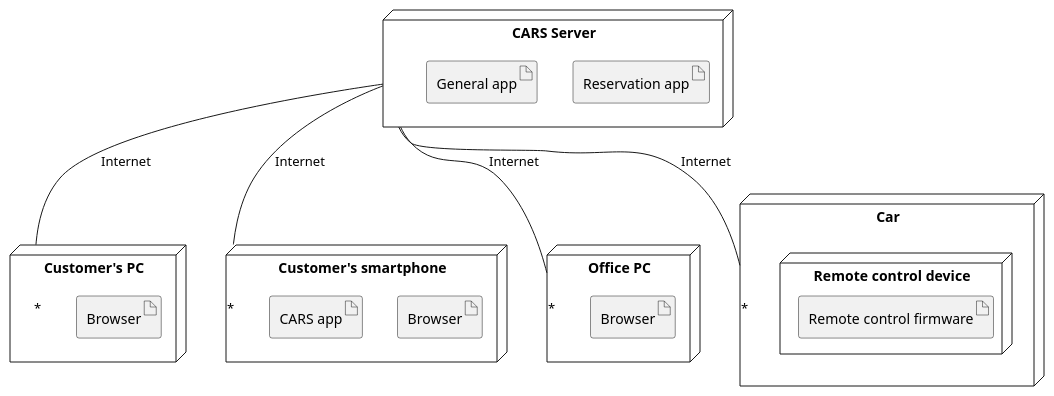
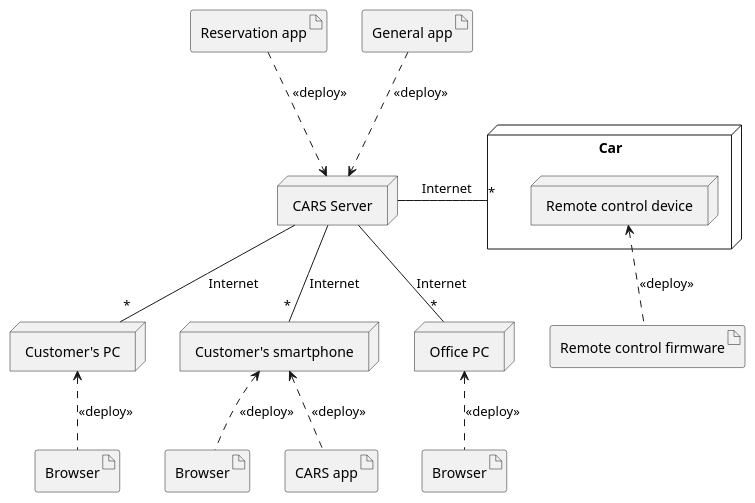
The diagram in car_rental/models/deployment_to_be.pu (franco-ruggeri/polito-information-systems), drawn with PlantUML before and after one commit. The commit also changed 1 other file, not shown here.

Commit message:
Update deployment diagrams for car rental
Put artifacts outside nodes for visualization reasons.

```diff
--- a/car_rental/models/deployment_to_be.pu
+++ b/car_rental/models/deployment_to_be.pu
@@ -1,32 +1,32 @@
 @startuml
 
-node "Customer's PC" as CustomerPC {
-	artifact Browser as Browser1
+node "Customer's PC" as CustomerPC
+node "Customer's smartphone" as CustomerSmartphone
+node "Office PC" as OfficePC
+node "CARS Server" as CARSServer
+node Car {
+	node "Remote control device" as RemoteControlDevice
 }
 
-node "Customer's smartphone" as CustomerSmartphone {
-	artifact Browser as Browser2
-	artifact "CARS app"
-}
-
-node "Office PC" as OfficePC {
-	artifact Browser as Browser3
-}
-
-node Car {
-	node "Remote control device" {
-		artifact "Remote control firmware"
-	}
-}
-
-node "CARS Server" as CARSServer{
-	artifact "Reservation app"
-	artifact "General app"
-}
+artifact Browser as Browser1
+artifact Browser as Browser2
+artifact Browser as Browser3
+artifact "CARS app" as CARSApp
+artifact "Remote control firmware" as RemoteControlFirmware
+artifact "Reservation app" as ReservationApp
+artifact "General app" as GeneralApp
 
 CARSServer -- "*" CustomerPC : Internet
 CARSServer -- "*" CustomerSmartphone : Internet
 CARSServer -- "*" OfficePC : Internet
-CARSServer -- "*" Car : Internet
+CARSServer - "*" Car : Internet
+
+CustomerPC <.. Browser1 : <<deploy>>
+CustomerSmartphone <.. Browser2 : <<deploy>>
+OfficePC <.. Browser3 : <<deploy>>
+CustomerSmartphone <.. CARSApp : <<deploy>>
+RemoteControlDevice <.. RemoteControlFirmware : <<deploy>>
+ReservationApp ..> CARSServer : <<deploy>>
+GeneralApp ..> CARSServer : <<deploy>>
 
 @enduml
```
